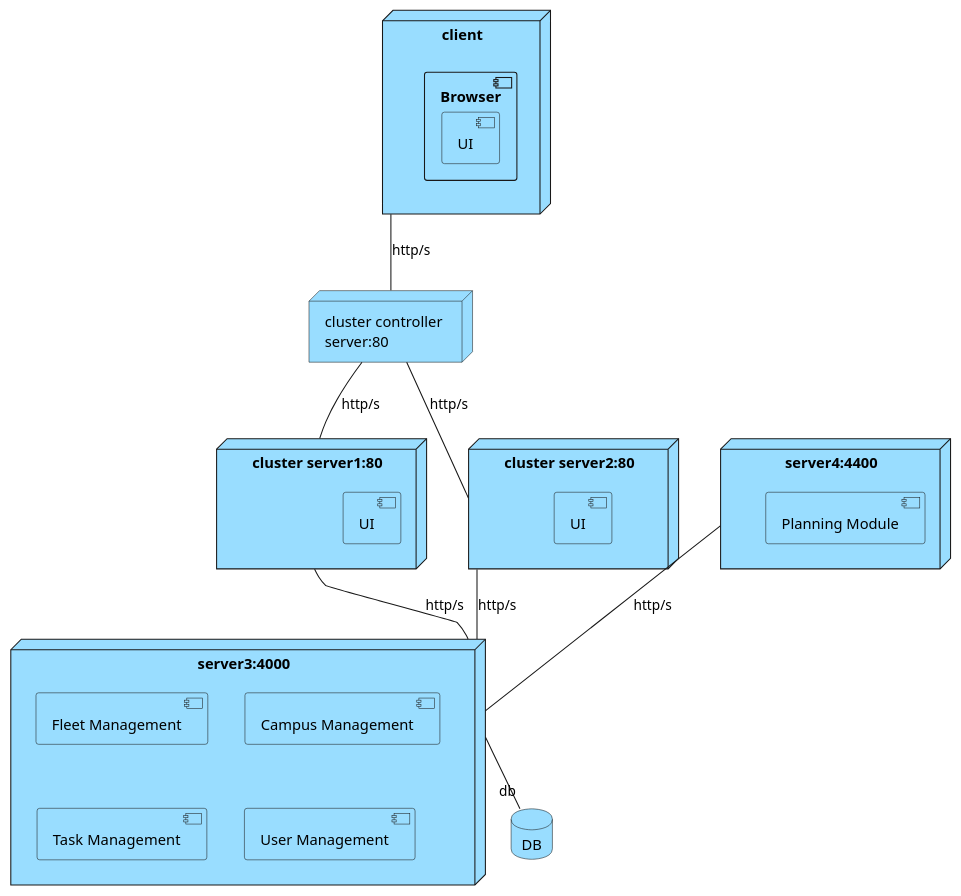
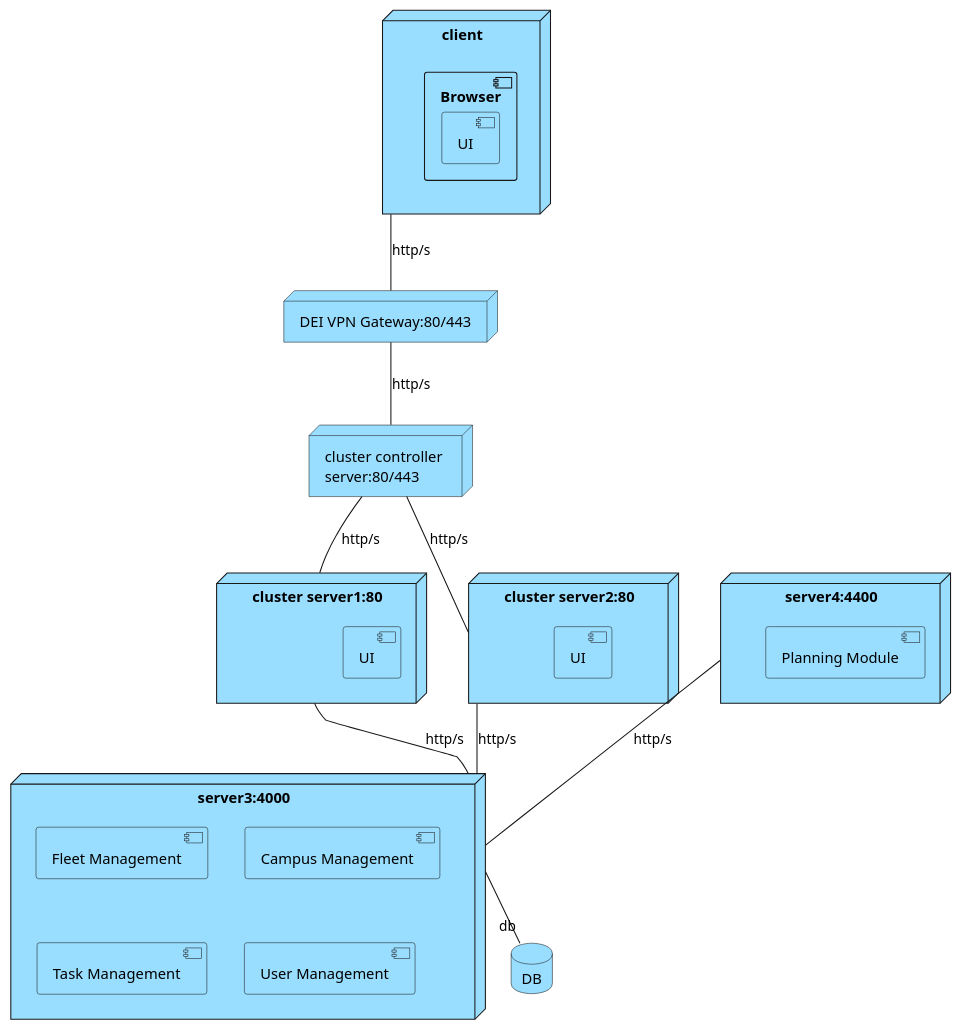
One commit to winqus/RobDroneGo changed the diagram in docs/Sprint_C_diagrams/Physical_View.puml. Above: the diagram before and after it, drawn with PlantUML. The commit also changed 19 other files, not shown here.

Commit message:
Add/modify IV2&3, LVL3 and export diagrams, add to Views.md

```diff
--- a/docs/Sprint_C_diagrams/Physical_View.puml
+++ b/docs/Sprint_C_diagrams/Physical_View.puml
@@ -1,51 +1,53 @@
-@startuml Physical View
+@startuml Physical_View
 
 <style>
 node {
     BackgroundColor #99ddff
 }
 component {
     BackgroundColor #99ddff
 }
 database {
     BackgroundColor #99ddff
 }
 </style>
 
 node "client" as local {
     component Browser{
         component UI as ui
     }
 }
 
-node "cluster controller \nserver:80" as controller{
+node "DEI VPN Gateway:80/443" as DeiVpnGateway{
+}
+node "cluster controller \nserver:80/443" as controller{
 }
 node "cluster server1:80" as server1{
     component UI as ui1
 }
 node "cluster server2:80" as server2{
     component UI as ui2
 }
 
 node "server3:4000" as server3{
     component "Fleet Management" as fleet
     component "Campus Management" as campus
     component "Task Management" as task
     component "User Management" as user
 }
 
 node "server4:4400" as server4{
     component "Planning Module" as planning
 }
 
 database DB
-
-local --  controller : http/s
+local -- DeiVpnGateway : http/s
+DeiVpnGateway -- controller : http/s
 controller -- server1 : http/s
 controller -- server2 : http/s
 server1 -- server3 : http/s
 server2 -- server3 : http/s
 server3 -- "db" DB
 server4 -- server3 : http/s
 
 @enduml
```
